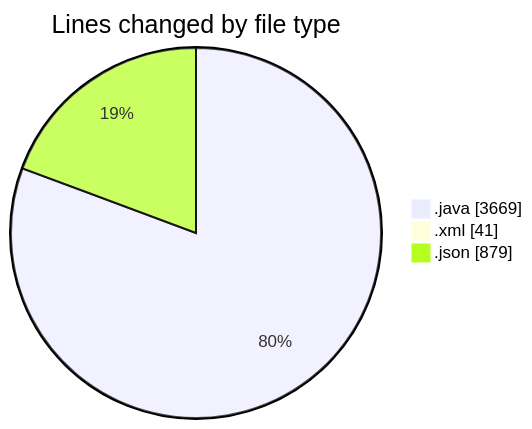
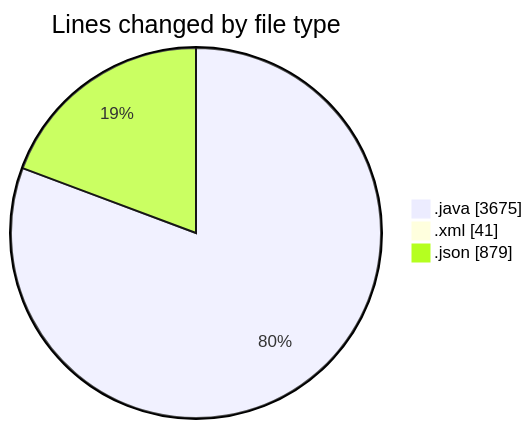
Before and after one commit to ricardozamudiocil/code-tracking: the first of 2 diagrams in 2026-03-10/cilapp/README.md, drawn with Mermaid. The commit also changed other lines of this file and 1 other file, not shown here.

````diff
--- a/2026-03-10/cilapp/README.md
+++ b/2026-03-10/cilapp/README.md
@@ -23,7 +23,7 @@
 ```mermaid
 pie showData
 title Lines changed by file type
-".java" : 3669
+".java" : 3675
 ".xml" : 41
 ".json" : 879
 ```
````
